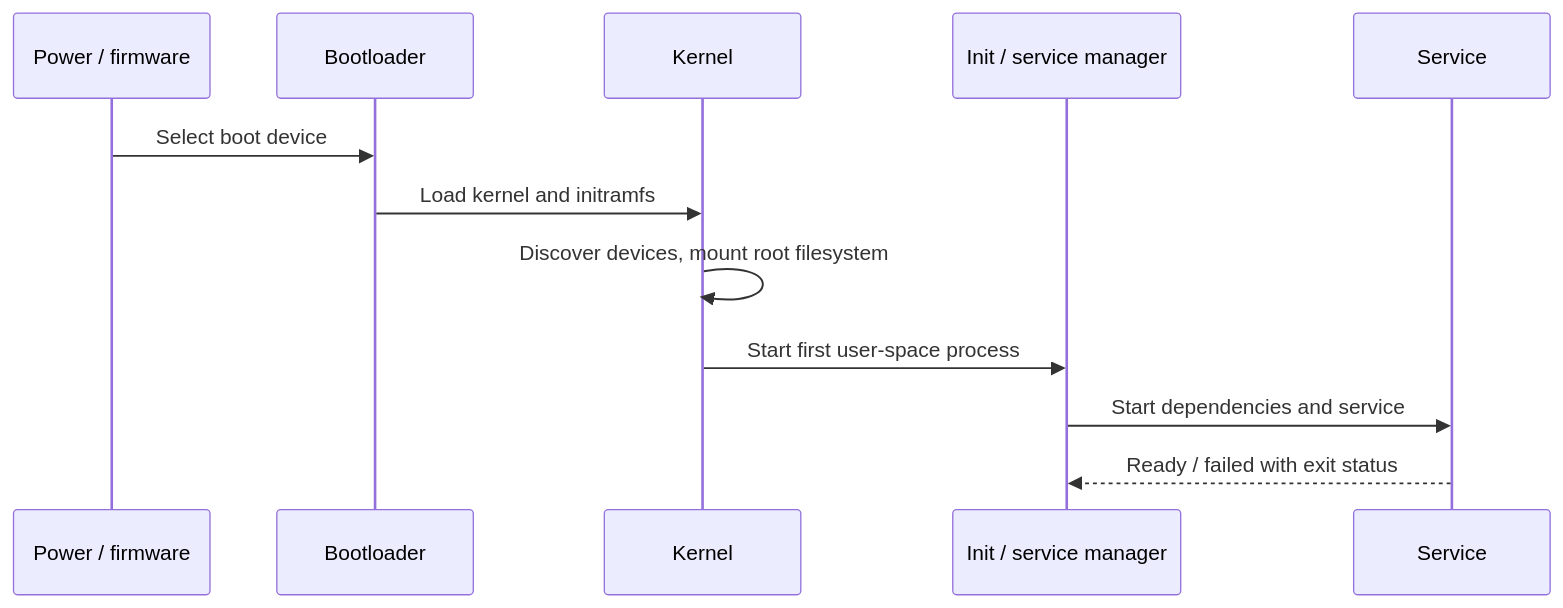
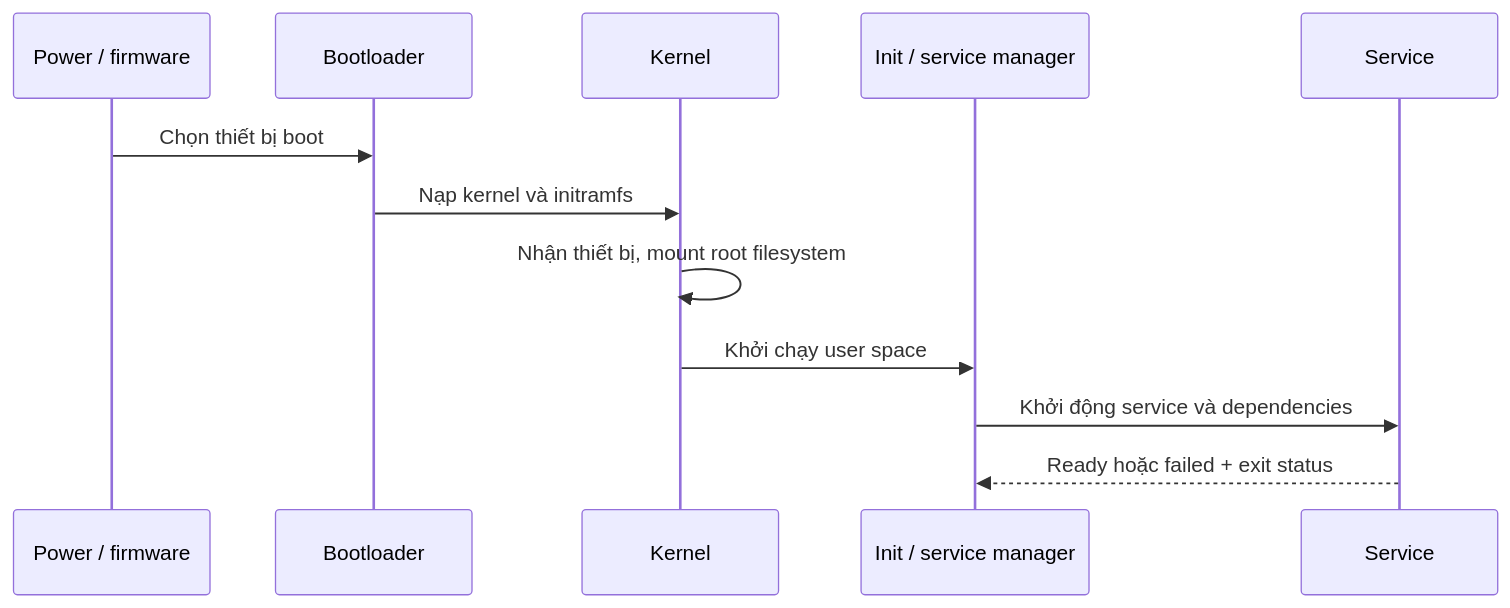
The second of 2 diagrams in IE101-co-so-ha-tang-cntt/notes/01-computer-systems.md (kittenwarrior-qb/svuit-class), drawn with Mermaid before and after one commit. The commit also changed other lines of this file and 8 other files, not shown here.

````diff
--- a/IE101-co-so-ha-tang-cntt/notes/01-computer-systems.md
+++ b/IE101-co-so-ha-tang-cntt/notes/01-computer-systems.md
@@ -70,14 +68,14 @@
 ```mermaid
 sequenceDiagram
   participant P as Power / firmware
   participant B as Bootloader
   participant K as Kernel
   participant I as Init / service manager
   participant S as Service
-  P->>B: Select boot device
-  B->>K: Load kernel and initramfs
-  K->>K: Discover devices, mount root filesystem
-  K->>I: Start first user-space process
-  I->>S: Start dependencies and service
-  S-->>I: Ready / failed with exit status
+  P->>B: Chọn thiết bị boot
+  B->>K: Nạp kernel và initramfs
+  K->>K: Nhận thiết bị, mount root filesystem
+  K->>I: Khởi chạy user space
+  I->>S: Khởi động service và dependencies
+  S-->>I: Ready hoặc failed + exit status
 ```
````
